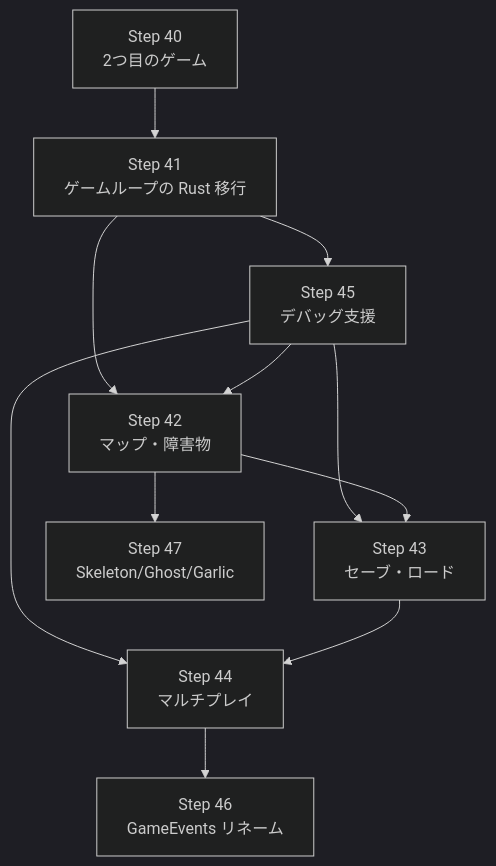
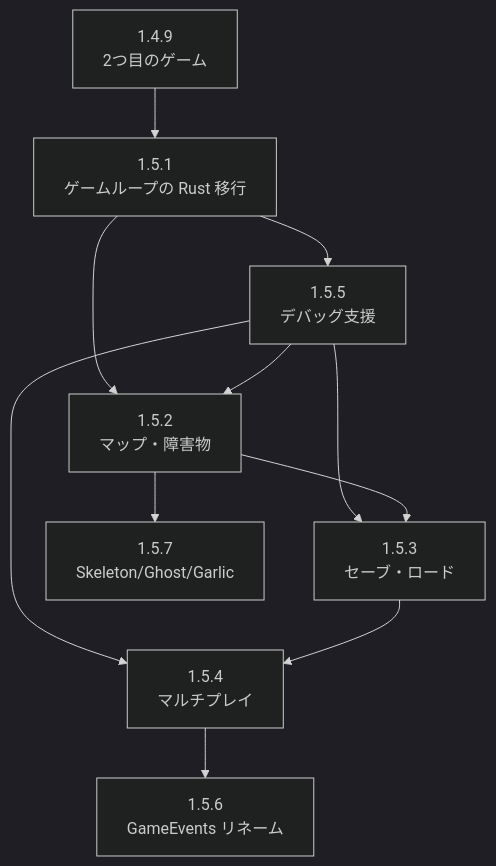
One commit to FRICK-ELDY/elixir_rust changed the diagram in docs/05_steps/STEPS_EXTENSION.md. Above: the diagram before and after it, drawn with Mermaid (dark theme). The commit also changed other lines of this file and 9 other files, not shown here.

````diff
--- a/docs/05_steps/STEPS_EXTENSION.md
+++ b/docs/05_steps/STEPS_EXTENSION.md
@@ -558,22 +576,22 @@
 ```mermaid
 flowchart TB
-    S40[Step 40\n2つ目のゲーム]
-    S41[Step 41\nゲームループの Rust 移行]
-    S42[Step 42\nマップ・障害物]
-    S43[Step 43\nセーブ・ロード]
-    S44[Step 44\nマルチプレイ]
-    S45[Step 45\nデバッグ支援]
-    S46[Step 46\nGameEvents リネーム]
-    S47[Step 47\nSkeleton/Ghost/Garlic]
+    S40[1.4.9\n2つ目のゲーム]
+    S41[1.5.1\nゲームループの Rust 移行]
+    S42[1.5.2\nマップ・障害物]
+    S43[1.5.3\nセーブ・ロード]
+    S44[1.5.4\nマルチプレイ]
+    S45[1.5.5\nデバッグ支援]
+    S46[1.5.6\nGameEvents リネーム]
+    S47[1.5.7\nSkeleton/Ghost/Garlic]
 
     S40 --> S41
     S41 --> S45
     S41 --> S42
     S45 --> S42
     S45 --> S43
     S45 --> S44
     S42 --> S43
     S43 --> S44
     S44 --> S46
     S42 --> S47
 ```
````
